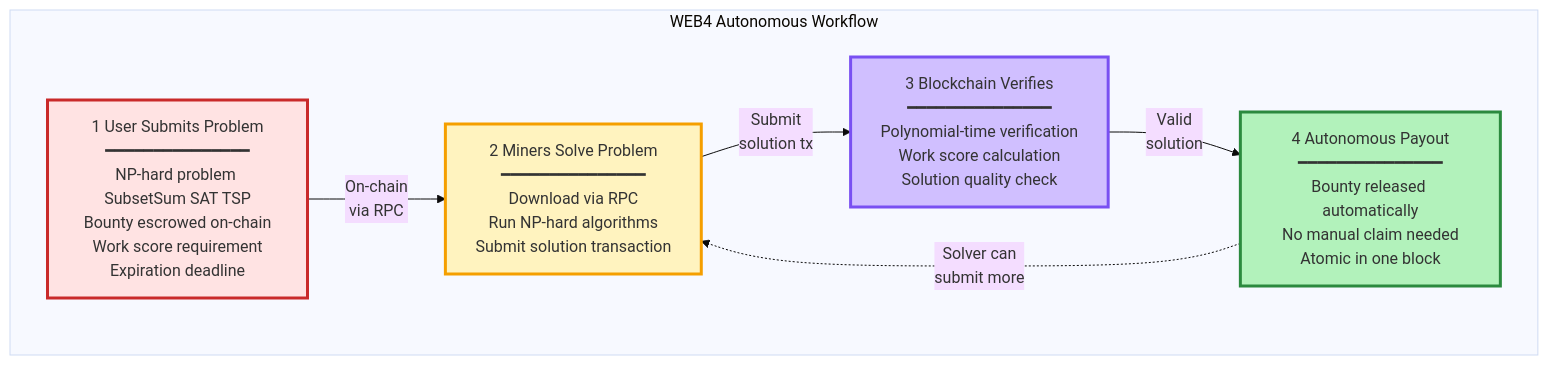
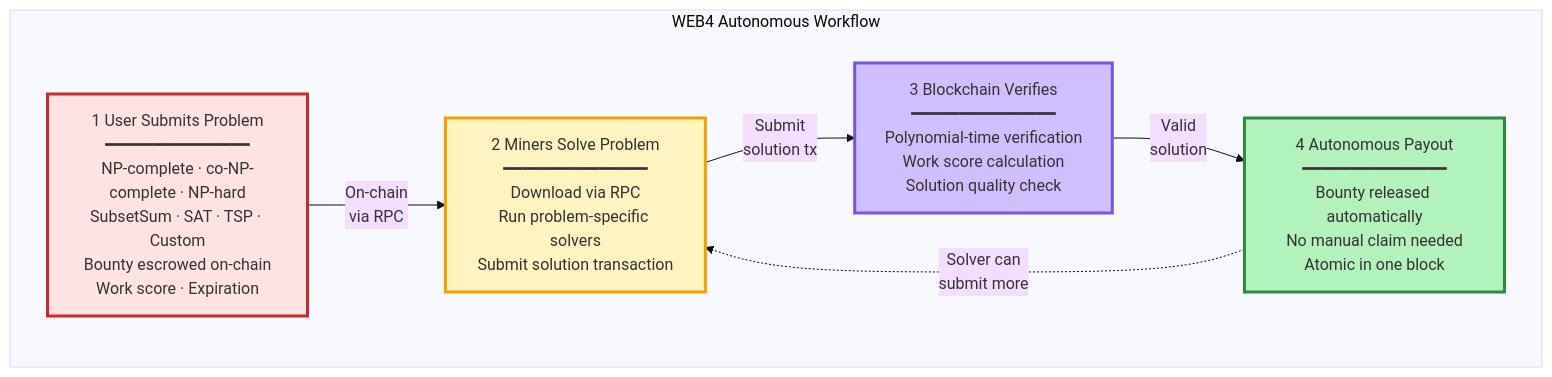
The first of 4 diagrams in README.md (COINjecture-Network/COINjecture2.0), drawn with Mermaid before and after one commit. The commit also changed other lines of this file and 35 other files, not shown here.

````diff
--- a/README.md
+++ b/README.md
@@ -64,23 +68,23 @@
 ```mermaid
 %%{init: {'theme':'base', 'themeVariables': { 'fontSize':'16px', 'fontFamily':'Arial'}}}%%
 graph TB
     subgraph "WEB4 Autonomous Workflow"
         style SUBMIT fill:#ffe3e3,stroke:#c92a2a,stroke-width:3px
         style MINE fill:#fff3bf,stroke:#f59f00,stroke-width:3px
         style VERIFY fill:#d0bfff,stroke:#7950f2,stroke-width:3px
         style PAYOUT fill:#b2f2bb,stroke:#2b8a3e,stroke-width:3px
 
-        SUBMIT["1 User Submits Problem<br/>━━━━━━━━━━━━━━━<br/>NP-hard problem SubsetSum SAT TSP<br/>Bounty escrowed on-chain<br/>Work score requirement<br/>Expiration deadline"]
+        SUBMIT["1 User Submits Problem<br/>━━━━━━━━━━━━━━━<br/>NP-complete · co-NP-complete · NP-hard<br/>SubsetSum · SAT · TSP · Custom<br/>Bounty escrowed on-chain<br/>Work score · Expiration"]
 
-        MINE["2 Miners Solve Problem<br/>━━━━━━━━━━━━━━━<br/>Download via RPC<br/>Run NP-hard algorithms<br/>Submit solution transaction"]
+        MINE["2 Miners Solve Problem<br/>━━━━━━━━━━━━━━━<br/>Download via RPC<br/>Run problem-specific solvers<br/>Submit solution transaction"]
 
         VERIFY["3 Blockchain Verifies<br/>━━━━━━━━━━━━━━━<br/>Polynomial-time verification<br/>Work score calculation<br/>Solution quality check"]
 
         PAYOUT["4 Autonomous Payout<br/>━━━━━━━━━━━━━━━<br/>Bounty released automatically<br/>No manual claim needed<br/>Atomic in one block"]
 
         SUBMIT -->|"On-chain<br/>via RPC"| MINE
         MINE -->|"Submit<br/>solution tx"| VERIFY
         VERIFY -->|"Valid<br/>solution"| PAYOUT
         PAYOUT -.->|"Solver can<br/>submit more"| MINE
     end
 ```
````
